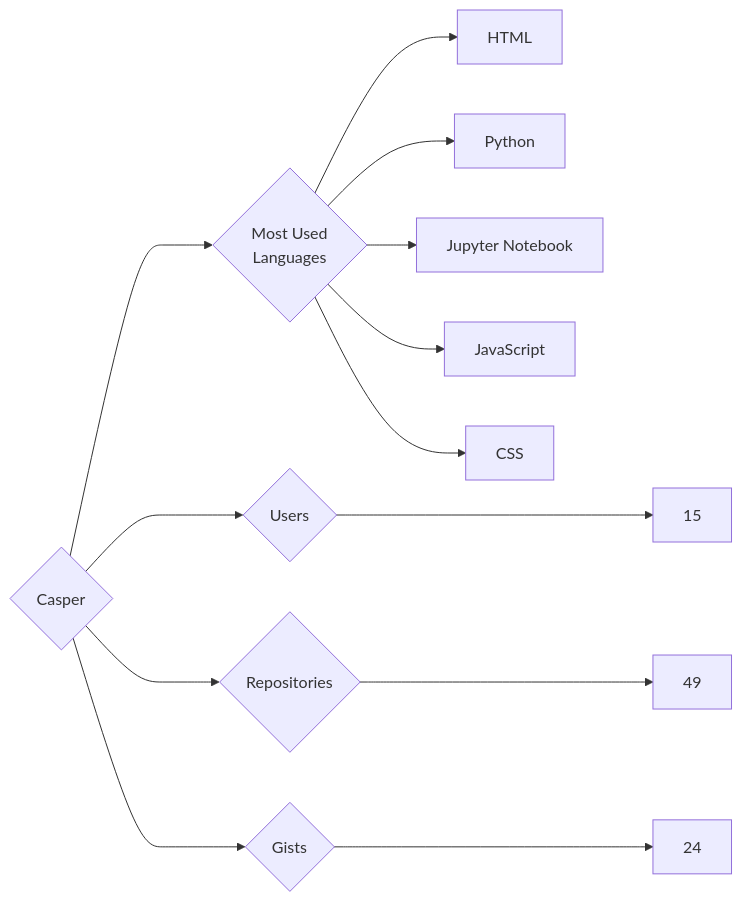
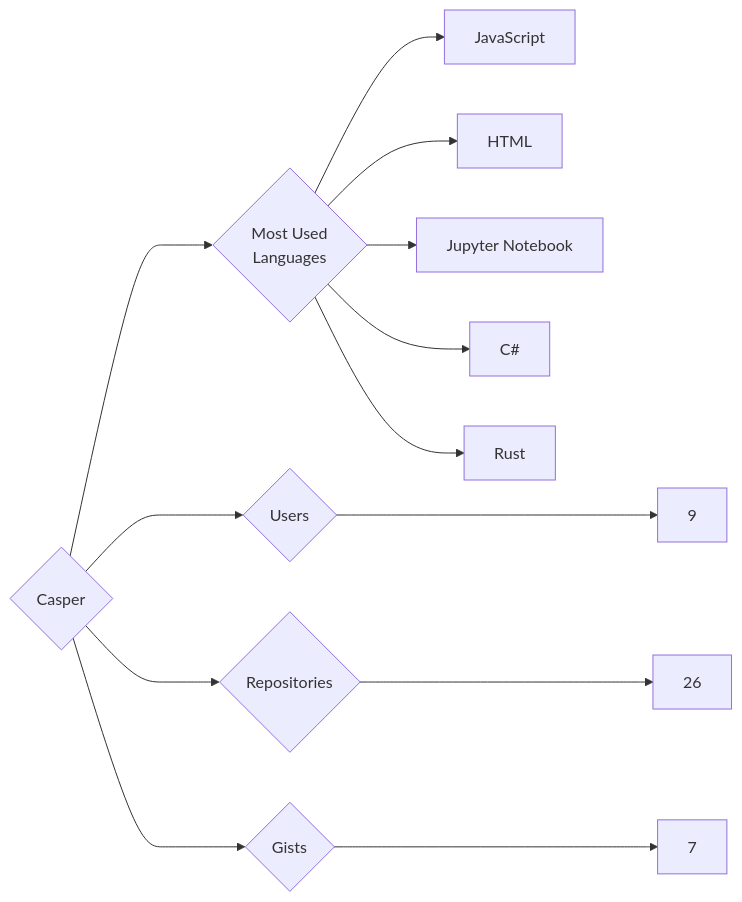
The diagram in targets/Casper/README.md (trickest/insiders), drawn with Mermaid before and after one commit. The commit also changed 681 other files, not shown here.

````diff
--- a/targets/Casper/README.md
+++ b/targets/Casper/README.md
@@ -3,13 +3,13 @@
 ```mermaid
 graph LR
 COMPANY_NAME{Casper}
-COMPANY_NAME ---> U{Users} ---> UN[15]
-COMPANY_NAME ---> R{Repositories} ---> RN[49]
-COMPANY_NAME ---> G{Gists} ---> GN[24]
+COMPANY_NAME ---> U{Users} ---> UN[9]
+COMPANY_NAME ---> R{Repositories} ---> RN[26]
+COMPANY_NAME ---> G{Gists} ---> GN[7]
 COMPANY_NAME ---> ML{Most Used<br>Languages}
+ML --> JavaScript[JavaScript]
 ML --> HTML[HTML]
-ML --> Python[Python]
 ML --> Jupyter_Notebook[Jupyter Notebook]
-ML --> JavaScript[JavaScript]
-ML --> CSS[CSS]
+ML --> C#[C#]
+ML --> Rust[Rust]
 ```
````
